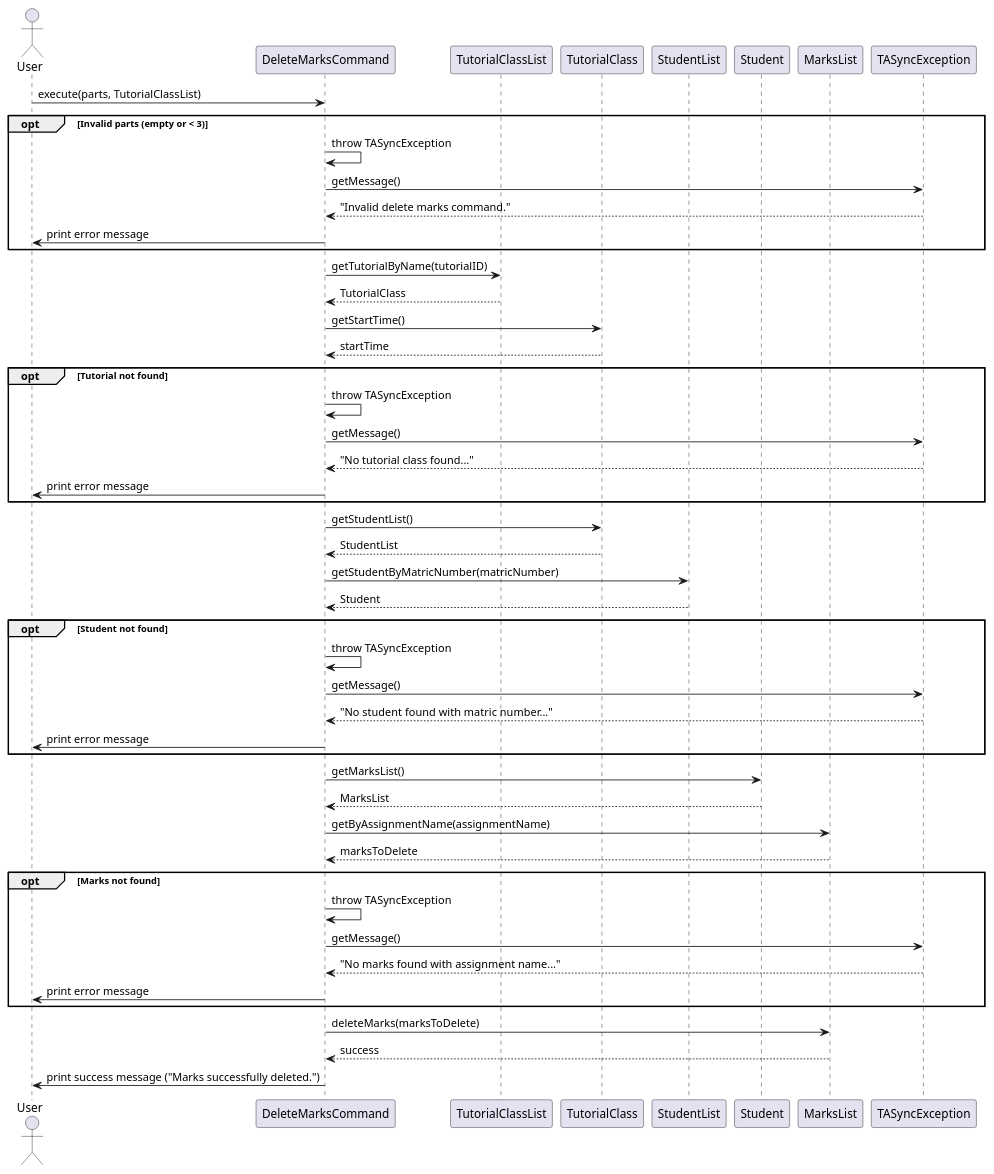
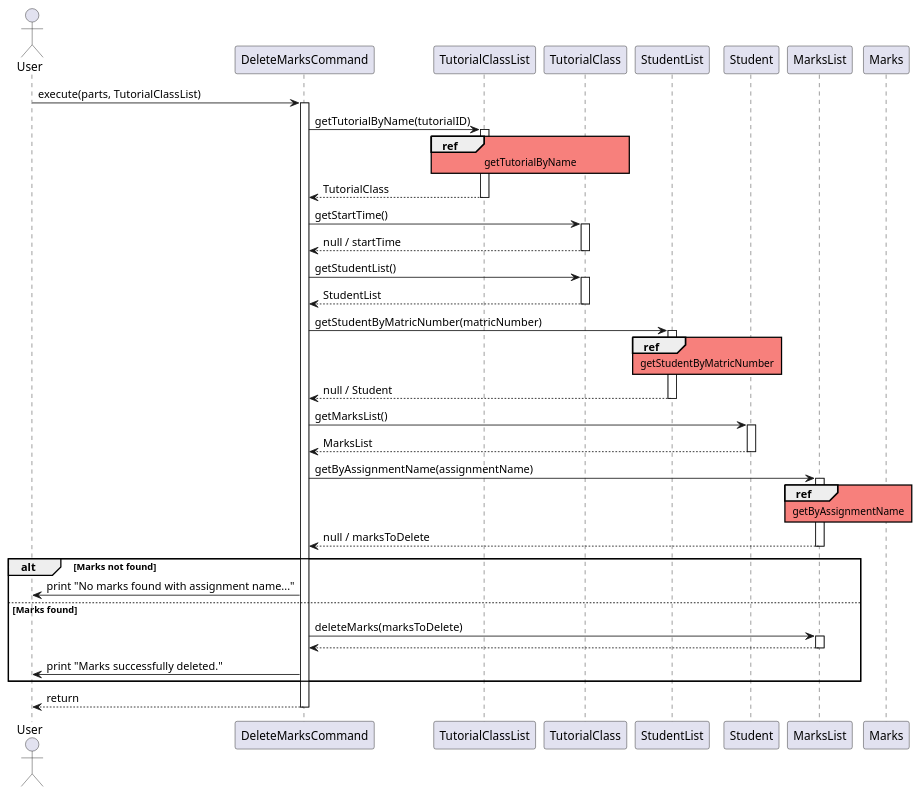
Before and after one commit to wongyihao02/tp: the diagram in docs/diagrams/markslistcommands/DeleteMarksCommand.puml, drawn with PlantUML. The commit also changed 12 other files, not shown here.

Commit message:
Fix sequence diagram bugs for marks commands.

```diff
--- a/docs/diagrams/markslistcommands/DeleteMarksCommand.puml
+++ b/docs/diagrams/markslistcommands/DeleteMarksCommand.puml
@@ -1,63 +1,61 @@
 @startuml
 actor User
 participant "DeleteMarksCommand" as DeleteMarksCommand
 participant "TutorialClassList" as TutorialClassList
 participant "TutorialClass" as TutorialClass
 participant "StudentList" as StudentList
 participant "Student" as Student
 participant "MarksList" as MarksList
-participant "TASyncException" as TASyncException
+
+skinparam sequenceReferenceBackgroundColor #f7807c
 
 User -> DeleteMarksCommand : execute(parts, TutorialClassList)
+activate DeleteMarksCommand
 
-opt Invalid parts (empty or < 3)
-    DeleteMarksCommand -> DeleteMarksCommand : throw TASyncException
-    DeleteMarksCommand -> TASyncException : getMessage()
-    TASyncException --> DeleteMarksCommand : "Invalid delete marks command."
-    DeleteMarksCommand -> User : print error message
+DeleteMarksCommand -> TutorialClassList : getTutorialByName(tutorialID)
+activate TutorialClassList
+ref over TutorialClassList, TutorialClass : getTutorialByName
+TutorialClassList --> DeleteMarksCommand : TutorialClass
+deactivate TutorialClassList
+
+DeleteMarksCommand -> TutorialClass : getStartTime()
+activate TutorialClass
+TutorialClass --> DeleteMarksCommand : null / startTime
+deactivate TutorialClass
+
+DeleteMarksCommand -> TutorialClass : getStudentList()
+activate TutorialClass
+TutorialClass --> DeleteMarksCommand : StudentList
+deactivate TutorialClass
+
+DeleteMarksCommand -> StudentList : getStudentByMatricNumber(matricNumber)
+activate StudentList
+ref over StudentList, Student : getStudentByMatricNumber
+StudentList --> DeleteMarksCommand : null / Student
+deactivate StudentList
+
+DeleteMarksCommand -> Student : getMarksList()
+activate Student
+Student --> DeleteMarksCommand : MarksList
+deactivate Student
+
+DeleteMarksCommand -> MarksList : getByAssignmentName(assignmentName)
+activate MarksList
+ref over MarksList, Marks : getByAssignmentName
+MarksList --> DeleteMarksCommand : null / marksToDelete
+deactivate MarksList
+
+alt Marks not found
+    DeleteMarksCommand -> User : print "No marks found with assignment name..."
+else Marks found
+    DeleteMarksCommand -> MarksList : deleteMarks(marksToDelete)
+    activate MarksList
+    MarksList --> DeleteMarksCommand
+    deactivate MarksList
+
+    DeleteMarksCommand -> User : print "Marks successfully deleted."
 end
 
-DeleteMarksCommand -> TutorialClassList : getTutorialByName(tutorialID)
-TutorialClassList --> DeleteMarksCommand : TutorialClass
-
-DeleteMarksCommand -> TutorialClass : getStartTime()
-TutorialClass --> DeleteMarksCommand : startTime
-
-opt Tutorial not found
-    DeleteMarksCommand -> DeleteMarksCommand : throw TASyncException
-    DeleteMarksCommand -> TASyncException : getMessage()
-    TASyncException --> DeleteMarksCommand : "No tutorial class found..."
-    DeleteMarksCommand -> User : print error message
-end
-
-DeleteMarksCommand -> TutorialClass : getStudentList()
-TutorialClass --> DeleteMarksCommand : StudentList
-
-DeleteMarksCommand -> StudentList : getStudentByMatricNumber(matricNumber)
-StudentList --> DeleteMarksCommand : Student
-
-opt Student not found
-    DeleteMarksCommand -> DeleteMarksCommand : throw TASyncException
-    DeleteMarksCommand -> TASyncException : getMessage()
-    TASyncException --> DeleteMarksCommand : "No student found with matric number..."
-    DeleteMarksCommand -> User : print error message
-end
-
-DeleteMarksCommand -> Student : getMarksList()
-Student --> DeleteMarksCommand : MarksList
-
-DeleteMarksCommand -> MarksList : getByAssignmentName(assignmentName)
-MarksList --> DeleteMarksCommand : marksToDelete
-
-opt Marks not found
-    DeleteMarksCommand -> DeleteMarksCommand : throw TASyncException
-    DeleteMarksCommand -> TASyncException : getMessage()
-    TASyncException --> DeleteMarksCommand : "No marks found with assignment name..."
-    DeleteMarksCommand -> User : print error message
-end
-
-DeleteMarksCommand -> MarksList : deleteMarks(marksToDelete)
-MarksList --> DeleteMarksCommand : success
-
-DeleteMarksCommand -> User : print success message ("Marks successfully deleted.")
+DeleteMarksCommand --> User: return
+deactivate DeleteMarksCommand
 @enduml
```
